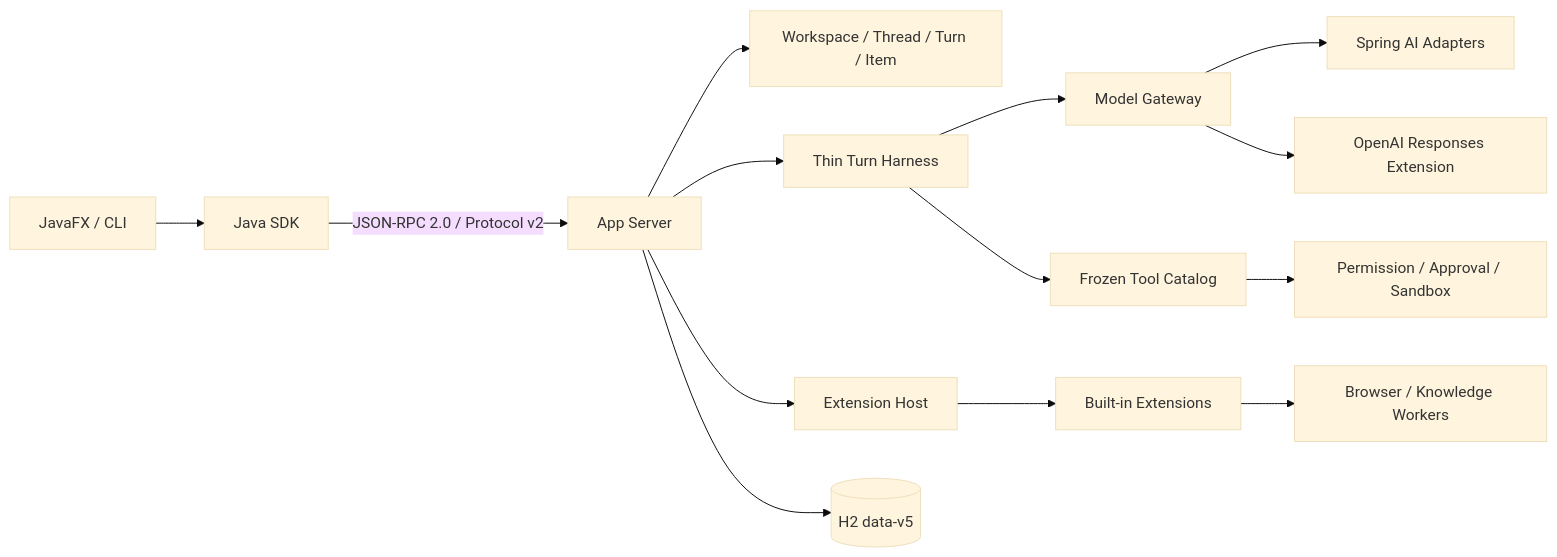
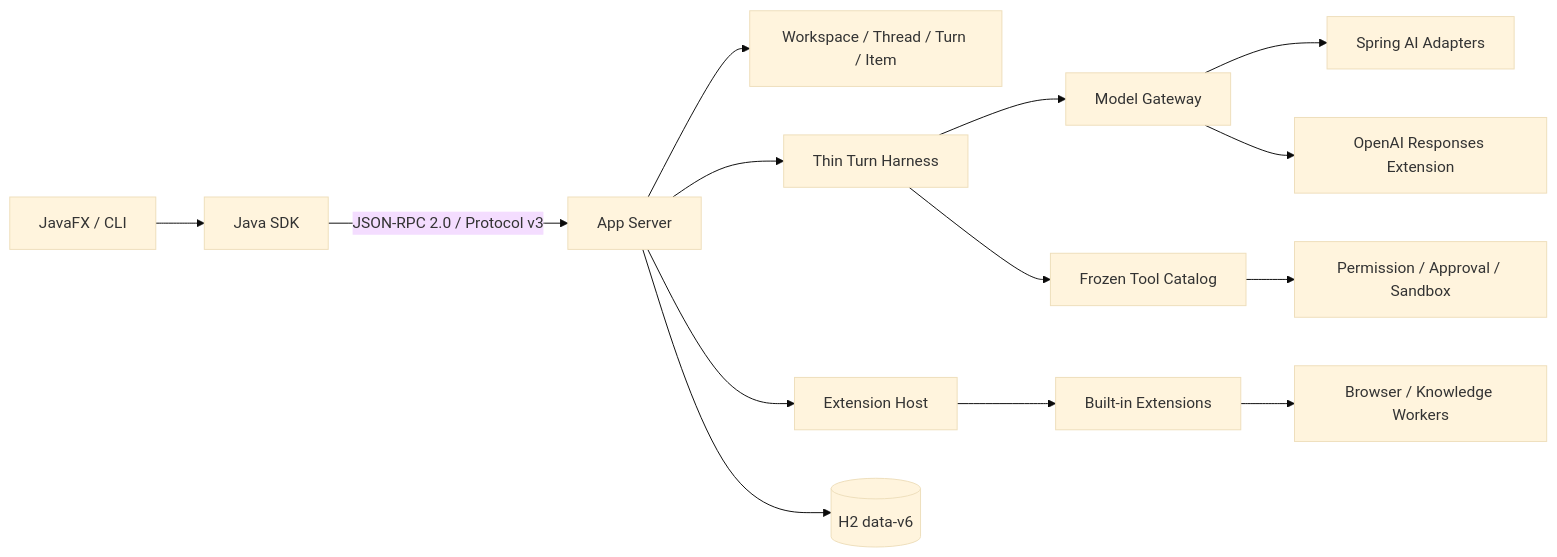
One commit to CogniCodeGen/JavaClaw changed the diagram in README.md. Above: the diagram before and after it, drawn with Mermaid (base theme). The commit also changed other lines of this file and 1199 other files, not shown here.

````diff
--- a/README.md
+++ b/README.md
@@ -12,16 +13,16 @@
 ```mermaid
 flowchart LR
     UI[JavaFX / CLI] --> SDK[Java SDK]
-    SDK -->|JSON-RPC 2.0 / Protocol v2| SERVER[App Server]
+    SDK -->|JSON-RPC 2.0 / Protocol v3| SERVER[App Server]
     SERVER --> CORE[Workspace / Thread / Turn / Item]
     SERVER --> HARNESS[Thin Turn Harness]
     SERVER --> EXT[Extension Host]
-    SERVER --> DB[(H2 data-v5)]
+    SERVER --> DB[(H2 data-v6)]
     HARNESS --> MODEL[Model Gateway]
     MODEL --> SPRING[Spring AI Adapters]
     MODEL --> RESPONSES[OpenAI Responses Extension]
     HARNESS --> TOOLS[Frozen Tool Catalog]
     TOOLS --> SECURITY[Permission / Approval / Sandbox]
     EXT --> BUILTIN[Built-in Extensions]
     BUILTIN --> WORKERS[Browser / Knowledge Workers]
 ```
````
